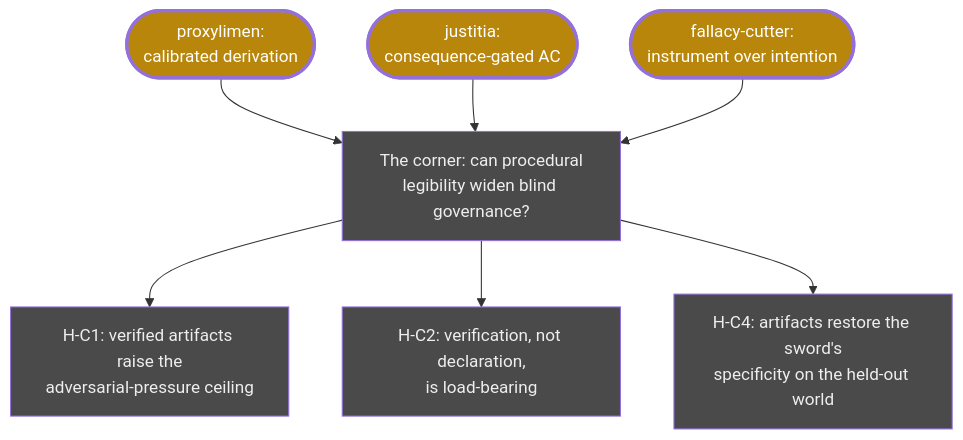
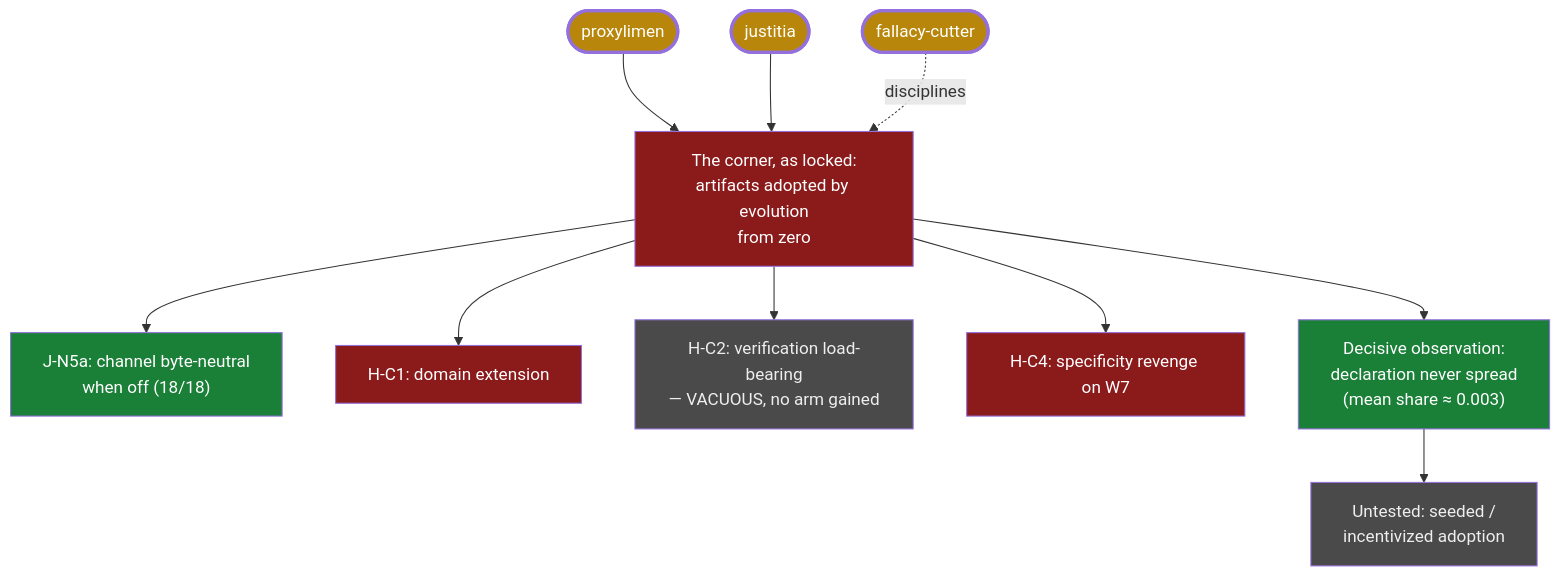
Before and after one commit to Kirill-Kruglov/ascesis: the diagram in ontology/lines/09-the-corner.md, drawn with Mermaid. The commit also changed other lines of this file and 1 other file, not shown here.

First line of the commit message:
Line 09 turns red: the corner, as locked, is empty

````diff
--- a/ontology/lines/09-the-corner.md
+++ b/ontology/lines/09-the-corner.md
@@ -14,13 +16,18 @@
 ```mermaid
 flowchart TD
+    classDef verified fill:#1a7f37,color:#fff
+    classDef falsified fill:#8b1a1a,color:#fff
     classDef open fill:#4a4a4a,color:#eee
     classDef concl fill:#b8860b,color:#fff,stroke-width:3px
 
-    P(["proxylimen:<br/>calibrated derivation"]):::concl --> C
-    J(["justitia:<br/>consequence-gated AC"]):::concl --> C
-    F(["fallacy-cutter:<br/>instrument over intention"]):::concl --> C
-    C["The corner: can procedural<br/>legibility widen blind governance?"]:::open
-    C --> H1["H-C1: verified artifacts raise the<br/>adversarial-pressure ceiling"]:::open
-    C --> H2["H-C2: verification, not declaration,<br/>is load-bearing"]:::open
-    C --> H4["H-C4: artifacts restore the sword's<br/>specificity on the held-out world"]:::open
+    P(["proxylimen"]):::concl --> C
+    J(["justitia"]):::concl --> C
+    F(["fallacy-cutter"]):::concl -. disciplines .-> C
+    C["The corner, as locked:<br/>artifacts adopted by evolution<br/>from zero"]:::falsified
+    C --> E["J-N5a: channel byte-neutral<br/>when off (18/18)"]:::verified
+    C --> H1["H-C1: domain extension"]:::falsified
+    C --> H2["H-C2: verification load-bearing<br/>— VACUOUS, no arm gained"]:::open
+    C --> H4["H-C4: specificity revenge on W7"]:::falsified
+    C --> A["Decisive observation:<br/>declaration never spread<br/>(mean share ≈ 0.003)"]:::verified
+    A --> W8b["Untested: seeded /<br/>incentivized adoption"]:::open
 ```
````
